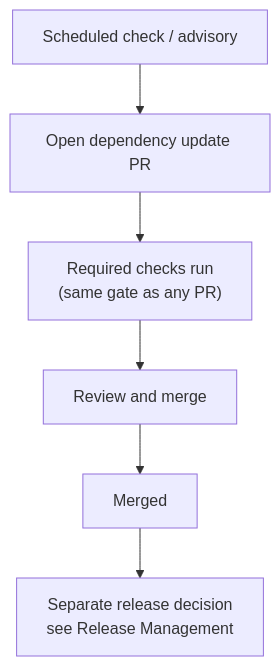
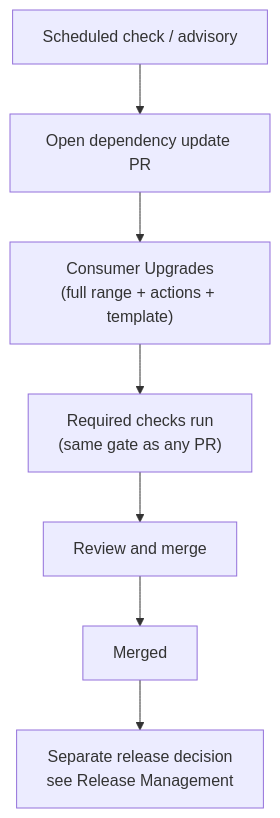
One commit to MSXOrg/docs changed the diagram in src/docs/Capabilities/dependency-updates/design.md. Above: the diagram before and after it, drawn with Mermaid. The commit also changed other lines of this file and 4 other files, not shown here.

Commit message:
Route dependency and propagation adoption through consumer upgrades

````diff
--- a/src/docs/Capabilities/dependency-updates/design.md
+++ b/src/docs/Capabilities/dependency-updates/design.md
@@ -77,8 +77,9 @@
 ```mermaid
 flowchart TD
   check["Scheduled check / advisory"] --> pr["Open dependency update PR"]
-  pr --> ci["Required checks run<br/>(same gate as any PR)"]
+  pr --> adoption["Consumer Upgrades<br/>(full range + actions + template)"]
+  adoption --> ci["Required checks run<br/>(same gate as any PR)"]
   ci --> review["Review and merge"]
   review --> merged["Merged"]
   merged --> release["Separate release decision<br/>see Release Management"]
 ```
````
